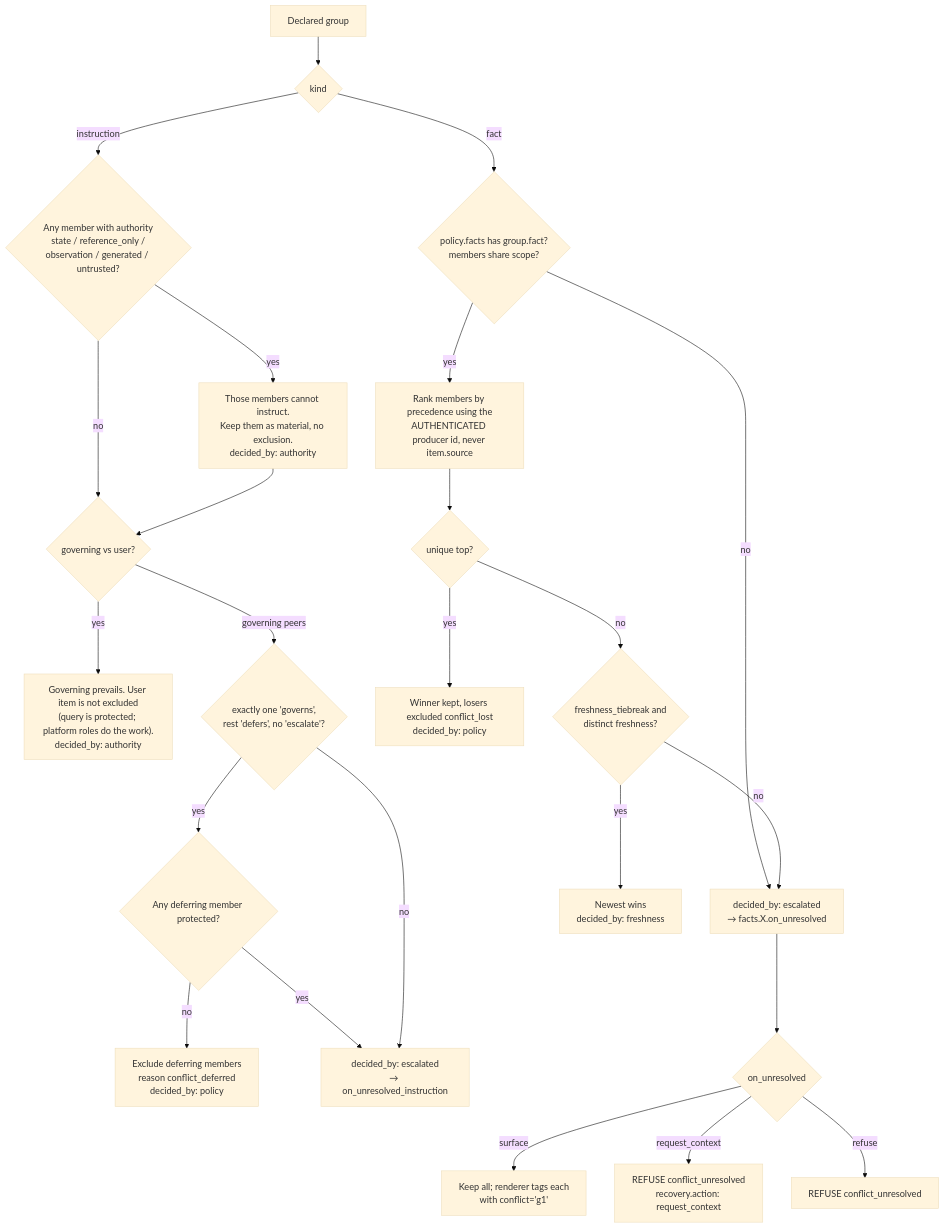
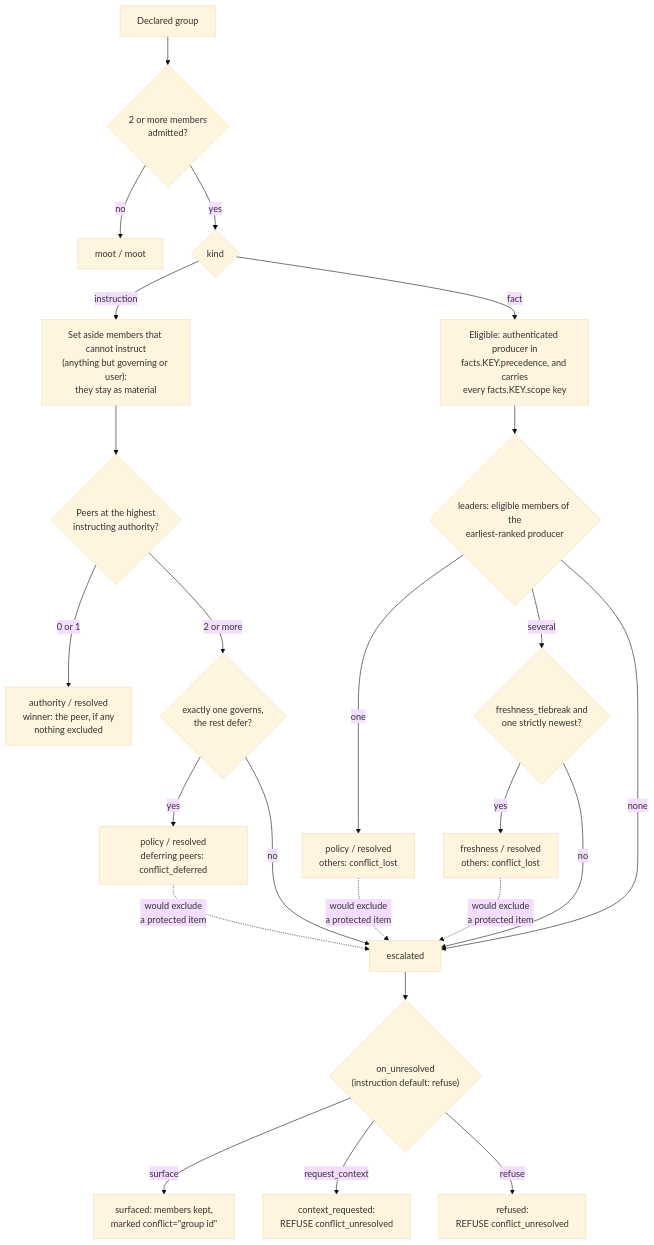
Before and after one commit to contextwindowarchitecture/assembler-python: the seventh of 12 diagrams in docs/DESIGN.md, drawn with Mermaid (base theme). The commit also changed other lines of this file and 7 other files, not shown here.

First line of the commit message:
feat(conflicts): resolve fact groups by route precedence

````diff
--- a/docs/DESIGN.md
+++ b/docs/DESIGN.md
@@ -370,26 +370,24 @@
 ```mermaid
 flowchart TD
-  G[Declared group] --> K{kind}
-  K -- instruction --> I1{"Any member with authority<br/>state / reference_only /<br/>observation / generated / untrusted?"}
-  I1 -- yes --> I1a["Those members cannot instruct.<br/>Keep them as material, no exclusion.<br/>decided_by: authority"]
-  I1 -- no --> I2{"governing vs user?"}
-  I1a --> I2
-  I2 -- yes --> I2a["Governing prevails. User item is not excluded<br/>(query is protected; platform roles do the work).<br/>decided_by: authority"]
-  I2 -- "governing peers" --> I3{"exactly one 'governs',<br/>rest 'defers', no 'escalate'?"}
-  I3 -- yes --> I3a{"Any deferring member protected?"}
-  I3a -- no --> I3b["Exclude deferring members<br/>reason conflict_deferred<br/>decided_by: policy"]
-  I3a -- yes --> ESC
-  I3 -- no --> ESC["decided_by: escalated<br/>→ on_unresolved_instruction"]
-  K -- fact --> F0{"policy.facts has group.fact?<br/>members share scope?"}
-  F0 -- no --> ESCF
-  F0 -- yes --> F1["Rank members by precedence using the<br/>AUTHENTICATED producer id, never item.source"]
-  F1 --> F2{"unique top?"}
-  F2 -- yes --> F2a["Winner kept, losers excluded conflict_lost<br/>decided_by: policy"]
-  F2 -- no --> F3{"freshness_tiebreak and<br/>distinct freshness?"}
-  F3 -- yes --> F3a["Newest wins<br/>decided_by: freshness"]
-  F3 -- no --> ESCF["decided_by: escalated<br/>→ facts.X.on_unresolved"]
-  ESCF --> U{"on_unresolved"}
-  U -- surface --> U1["Keep all; renderer tags each<br/>with conflict='g1'"]
-  U -- request_context --> U2["REFUSE conflict_unresolved<br/>recovery.action: request_context"]
-  U -- refuse --> U3["REFUSE conflict_unresolved"]
+  G["Declared group"] --> M{"2 or more members<br/>admitted?"}
+  M -- no --> MOOT["moot / moot"]
+  M -- yes --> K{kind}
+  K -- instruction --> A["Set aside members that cannot instruct<br/>(anything but governing or user):<br/>they stay as material"]
+  A --> T{"Peers at the highest<br/>instructing authority?"}
+  T -- "0 or 1" --> AUTH["authority / resolved<br/>winner: the peer, if any<br/>nothing excluded"]
+  T -- "2 or more" --> P{"exactly one governs,<br/>the rest defer?"}
+  P -- yes --> PX["policy / resolved<br/>deferring peers: conflict_deferred"]
+  P -- no --> ESC
+  K -- fact --> E["Eligible: authenticated producer in<br/>facts.KEY.precedence, and carries<br/>every facts.KEY.scope key"]
+  E --> R{"leaders: eligible members of the<br/>earliest-ranked producer"}
+  R -- "one" --> FX["policy / resolved<br/>others: conflict_lost"]
+  R -- "several" --> FT{"freshness_tiebreak and<br/>one strictly newest?"}
+  FT -- yes --> FW["freshness / resolved<br/>others: conflict_lost"]
+  FT -- no --> ESC
+  R -- "none" --> ESC
+  PX & FX & FW -. "would exclude<br/>a protected item" .-> ESC["escalated"]
+  ESC --> U{"on_unresolved<br/>(instruction default: refuse)"}
+  U -- surface --> U1["surfaced: members kept,<br/>marked conflict=#quot;group id#quot;"]
+  U -- request_context --> U2["context_requested:<br/>REFUSE conflict_unresolved"]
+  U -- refuse --> U3["refused:<br/>REFUSE conflict_unresolved"]
 ```
````
